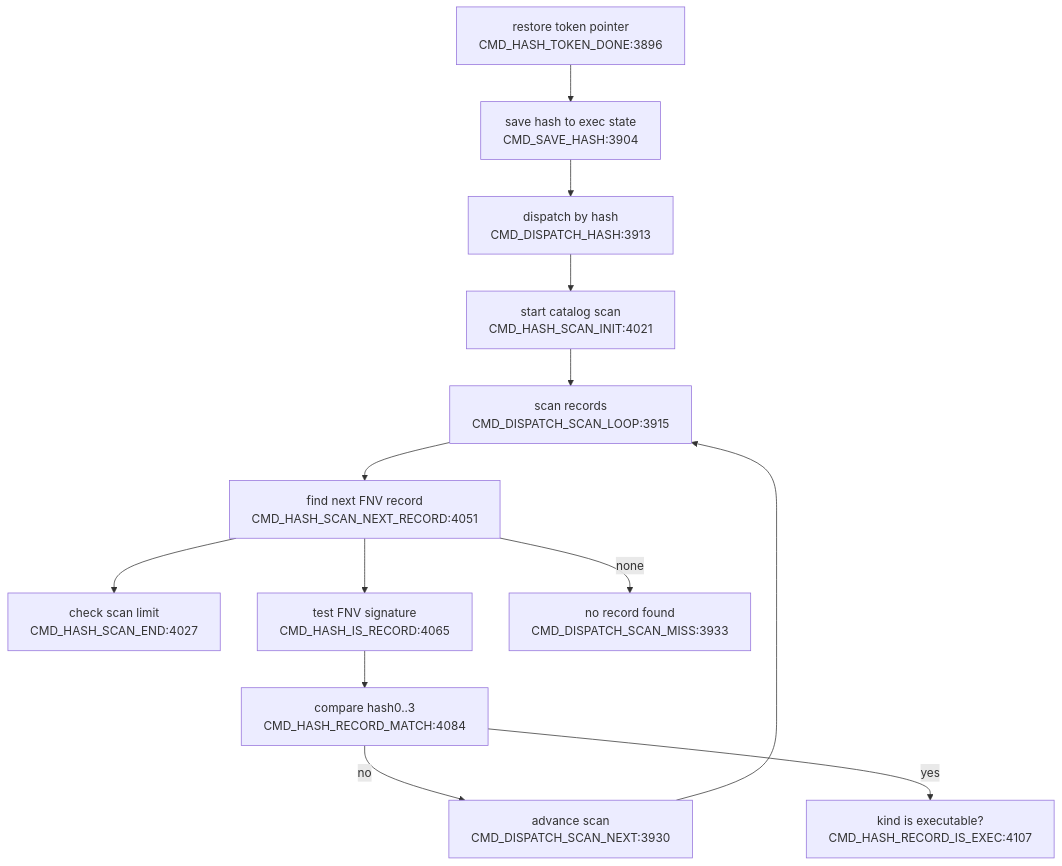
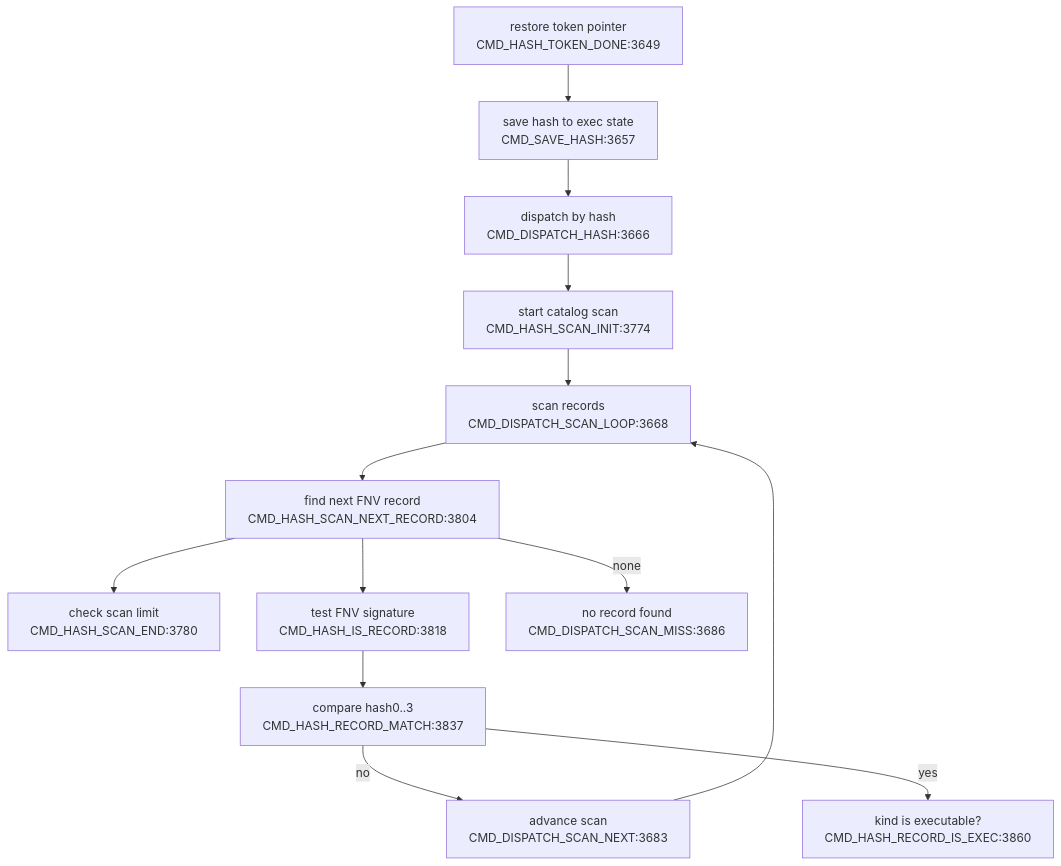
Before and after one commit to 95westus/R-YORS: the third of 4 diagrams in DOC/GENERATED/CMD_FLOW_MAP.md, drawn with Mermaid. The commit also changed other lines of this file and 65 other files, not shown here.

````diff
--- a/DOC/GENERATED/CMD_FLOW_MAP.md
+++ b/DOC/GENERATED/CMD_FLOW_MAP.md
@@ -40,15 +40,15 @@
 ```mermaid
 flowchart TD
-    DONE["restore token pointer<br/>CMD_HASH_TOKEN_DONE:3896"] --> SAVEHASH["save hash to exec state<br/>CMD_SAVE_HASH:3904"]
-    SAVEHASH --> DISPATCH["dispatch by hash<br/>CMD_DISPATCH_HASH:3913"]
-    DISPATCH --> SCANINIT["start catalog scan<br/>CMD_HASH_SCAN_INIT:4021"]
-    SCANINIT --> SCANLOOP["scan records<br/>CMD_DISPATCH_SCAN_LOOP:3915"]
-    SCANLOOP --> NEXTREC["find next FNV record<br/>CMD_HASH_SCAN_NEXT_RECORD:4051"]
-    NEXTREC --> ENDCHK["check scan limit<br/>CMD_HASH_SCAN_END:4027"]
-    NEXTREC --> ISREC["test FNV signature<br/>CMD_HASH_IS_RECORD:4065"]
-    NEXTREC -->|none| MISS["no record found<br/>CMD_DISPATCH_SCAN_MISS:3933"]
-    ISREC --> MATCH["compare hash0..3<br/>CMD_HASH_RECORD_MATCH:4084"]
-    MATCH -->|no| ADV["advance scan<br/>CMD_DISPATCH_SCAN_NEXT:3930"]
+    DONE["restore token pointer<br/>CMD_HASH_TOKEN_DONE:3649"] --> SAVEHASH["save hash to exec state<br/>CMD_SAVE_HASH:3657"]
+    SAVEHASH --> DISPATCH["dispatch by hash<br/>CMD_DISPATCH_HASH:3666"]
+    DISPATCH --> SCANINIT["start catalog scan<br/>CMD_HASH_SCAN_INIT:3774"]
+    SCANINIT --> SCANLOOP["scan records<br/>CMD_DISPATCH_SCAN_LOOP:3668"]
+    SCANLOOP --> NEXTREC["find next FNV record<br/>CMD_HASH_SCAN_NEXT_RECORD:3804"]
+    NEXTREC --> ENDCHK["check scan limit<br/>CMD_HASH_SCAN_END:3780"]
+    NEXTREC --> ISREC["test FNV signature<br/>CMD_HASH_IS_RECORD:3818"]
+    NEXTREC -->|none| MISS["no record found<br/>CMD_DISPATCH_SCAN_MISS:3686"]
+    ISREC --> MATCH["compare hash0..3<br/>CMD_HASH_RECORD_MATCH:3837"]
+    MATCH -->|no| ADV["advance scan<br/>CMD_DISPATCH_SCAN_NEXT:3683"]
     ADV --> SCANLOOP
-    MATCH -->|yes| EXECOK["kind is executable?<br/>CMD_HASH_RECORD_IS_EXEC:4107"]
+    MATCH -->|yes| EXECOK["kind is executable?<br/>CMD_HASH_RECORD_IS_EXEC:3860"]
 ```
````
